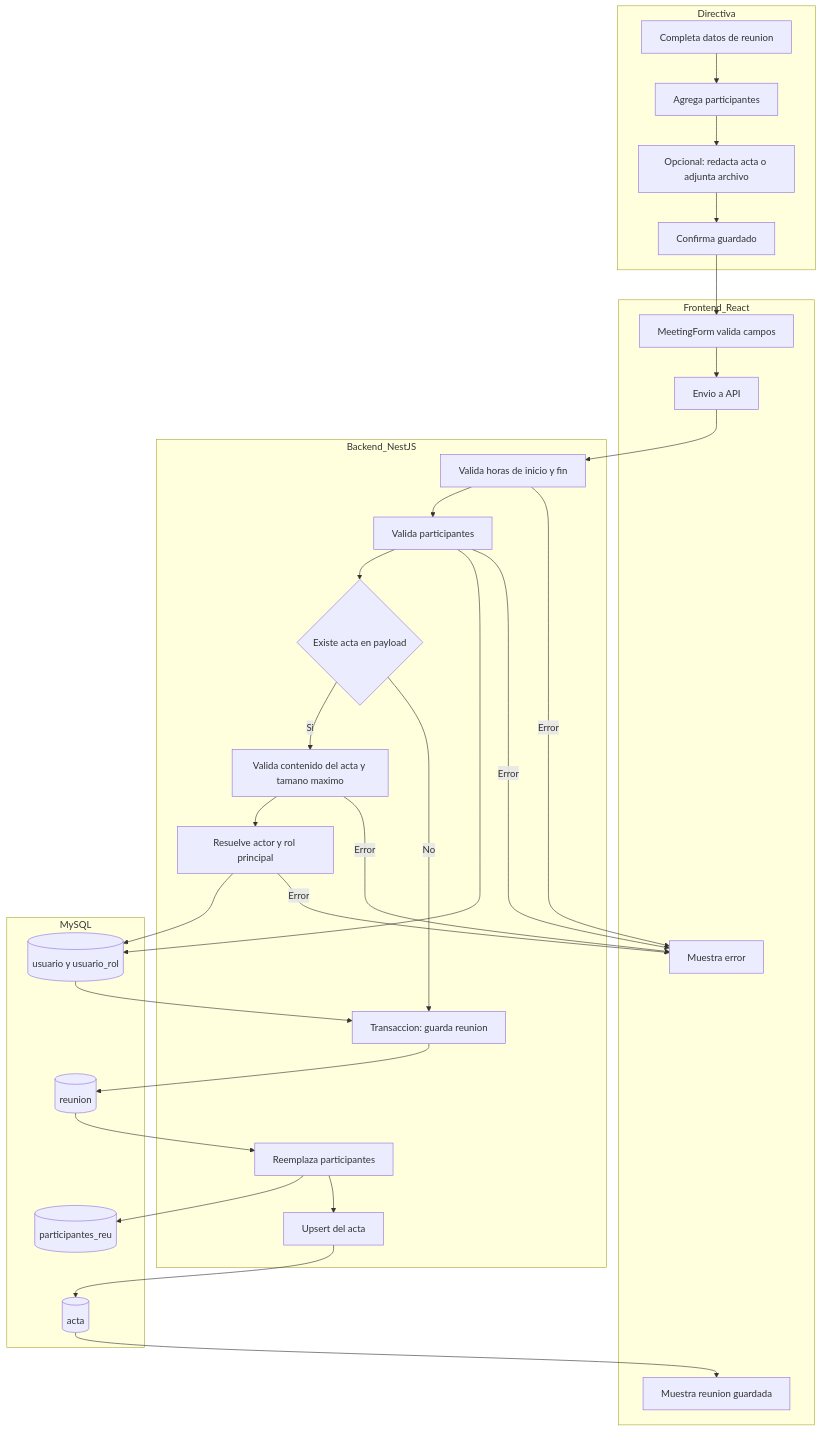
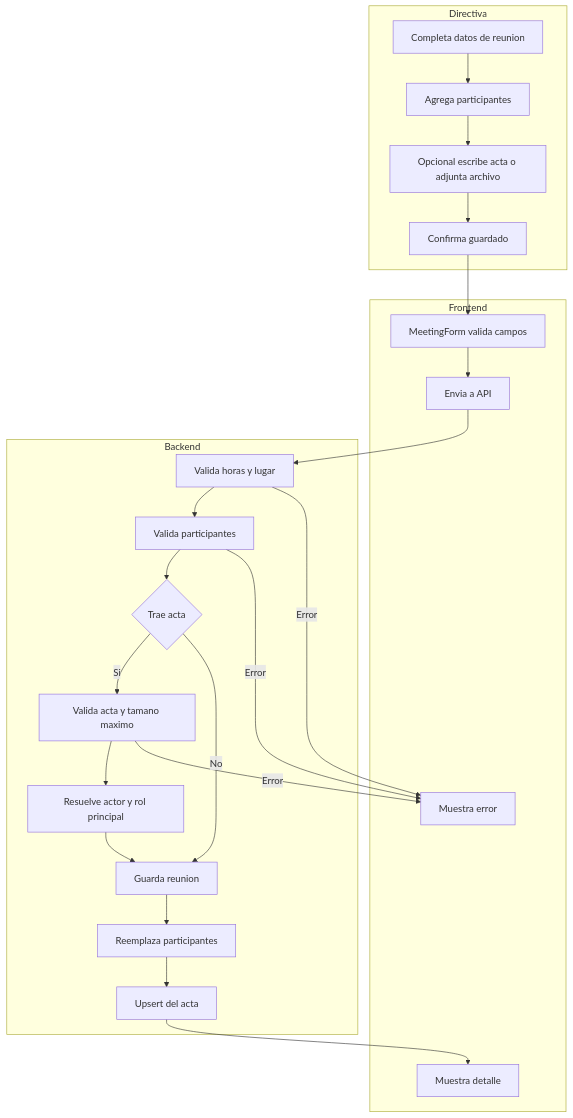
The fifth of 6 diagrams in docs/arquitectura/03-bpmn-procesos-clave.md (alfredoquintana/rama-remo), drawn with Mermaid before and after one commit. The commit also changed other lines of this file and 12 other files, not shown here.

````diff
--- a/docs/arquitectura/03-bpmn-procesos-clave.md
+++ b/docs/arquitectura/03-bpmn-procesos-clave.md
@@ -38,45 +139,35 @@
 ```mermaid
 flowchart TD
     subgraph Directiva
         U1[Completa datos de reunion]
         U2[Agrega participantes]
-        U3[Opcional: redacta acta o adjunta archivo]
+        U3[Opcional escribe acta o adjunta archivo]
         U4[Confirma guardado]
     end
 
-    subgraph Frontend_React
+    subgraph Frontend
         F1[MeetingForm valida campos]
-        F2[Envio a API]
-        F3[Muestra reunion guardada]
+        F2[Envia a API]
+        F3[Muestra detalle]
         F4[Muestra error]
     end
 
-    subgraph Backend_NestJS
-        B1[Valida horas de inicio y fin]
+    subgraph Backend
+        B1[Valida horas y lugar]
         B2[Valida participantes]
-        B3{Existe acta en payload}
-        B4[Valida contenido del acta y tamano maximo]
+        B3{Trae acta}
+        B4[Valida acta y tamano maximo]
         B5[Resuelve actor y rol principal]
-        B6[Transaccion: guarda reunion]
+        B6[Guarda reunion]
         B7[Reemplaza participantes]
         B8[Upsert del acta]
     end
 
-    subgraph MySQL
-        D1[(reunion)]
-        D2[(participantes_reu)]
-        D3[(acta)]
-        D4[(usuario y usuario_rol)]
-    end
-
     U1 --> U2 --> U3 --> U4 --> F1 --> F2 --> B1 --> B2 --> B3
-    B2 --> D4
-    B3 -->|Si| B4 --> B5 --> D4 --> B6
+    B3 -->|Si| B4 --> B5 --> B6
     B3 -->|No| B6
-    B6 --> D1 --> B7 --> D2
-    B7 --> B8 --> D3 --> F3
+    B6 --> B7 --> B8 --> F3
     B1 -->|Error| F4
     B2 -->|Error| F4
     B4 -->|Error| F4
-    B5 -->|Error| F4
 ```
````
